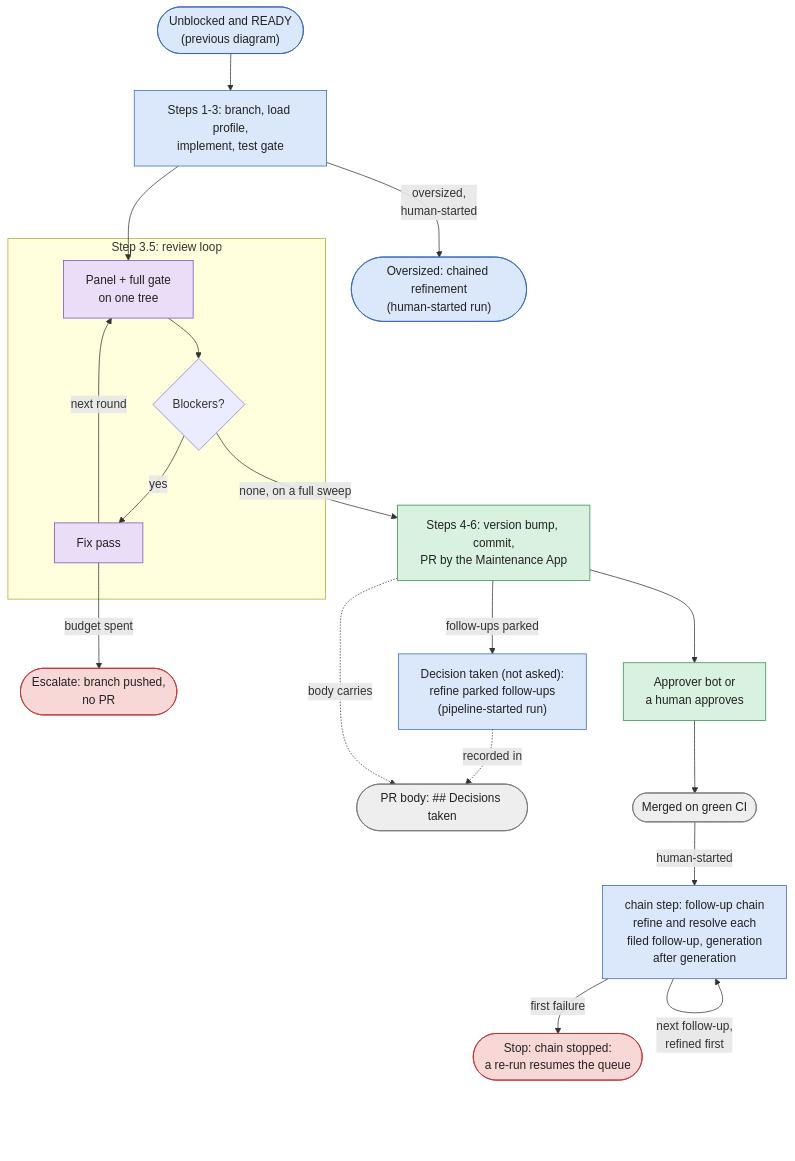
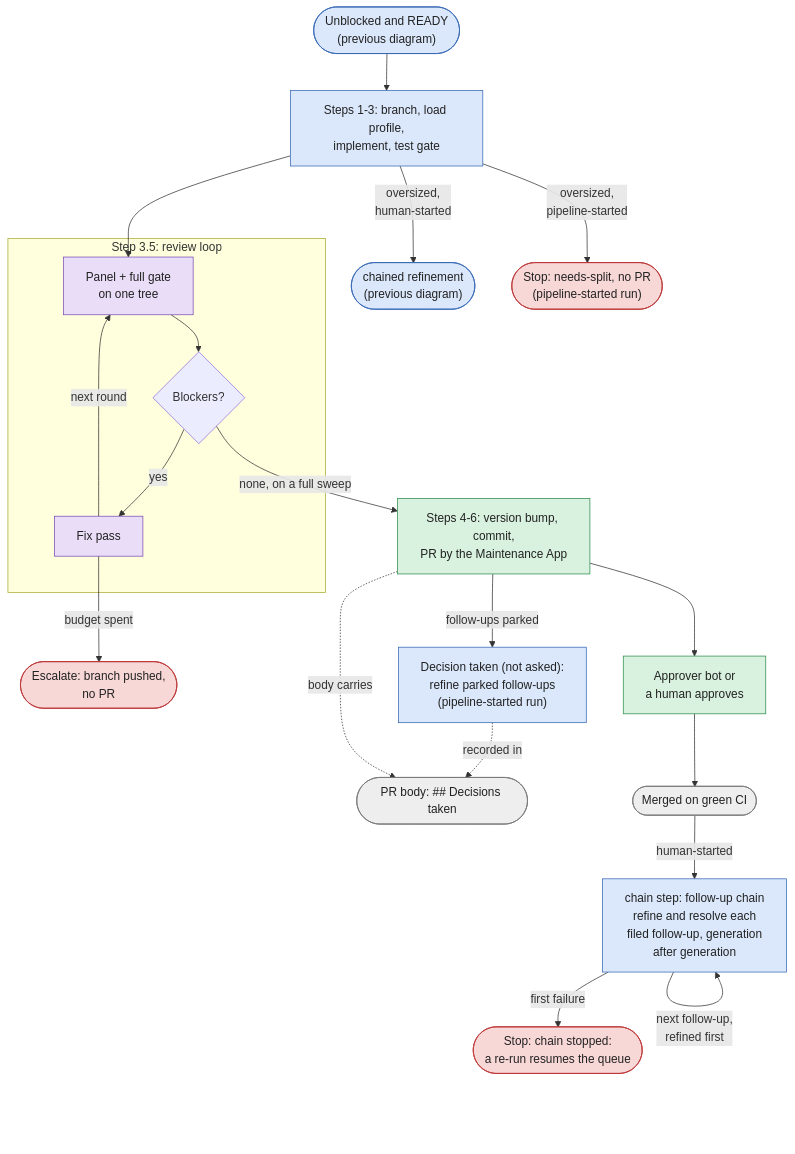
One commit to timo-jakob/timos-claude-code-plugins changed the diagram in docs/explanation/diagrams/resolve-issue-ship.mmd. Above: the diagram before and after it, drawn with Mermaid. The commit also changed 5 other files, not shown here.

```diff
--- a/docs/explanation/diagrams/resolve-issue-ship.mmd
+++ b/docs/explanation/diagrams/resolve-issue-ship.mmd
@@ -1,39 +1,41 @@
 flowchart TD
     classDef human fill:#fde7c8,stroke:#b8741a,color:#222
     classDef conductor fill:#dbe8fb,stroke:#3567b5,color:#222
     classDef agent fill:#e9ddf7,stroke:#7a4cb5,color:#222
     classDef bot fill:#d9f2df,stroke:#2e8b4e,color:#222
     classDef artifact fill:#eeeeee,stroke:#777,color:#222
     classDef stop fill:#f8d7d7,stroke:#b33,color:#222
 
     IN(["Unblocked and READY<br/>(previous diagram)"]):::conductor
     BUILD["Steps 1-3: branch, load profile,<br/>implement, test gate"]:::conductor
-    REFINE(["Oversized: chained refinement<br/>(human-started run)"]):::conductor
+    REFINE(["chained refinement<br/>(previous diagram)"]):::conductor
+    NSPLIT(["Stop: needs-split, no PR<br/>(pipeline-started run)"]):::stop
 
     subgraph LOOP["Step 3.5: review loop"]
         PANEL["Panel + full gate<br/>on one tree"]:::agent
         BLOCK{"Blockers?"}
         FIX["Fix pass"]:::agent
     end
 
     ESC(["Escalate: branch pushed,<br/>no PR"]):::stop
     SHIP["Steps 4-6: version bump, commit,<br/>PR by the Maintenance App"]:::bot
     RS09["Decision taken (not asked):<br/>refine parked follow-ups<br/>(pipeline-started run)"]:::conductor
     DECS(["PR body: ## Decisions taken"]):::artifact
     APPR["Approver bot or<br/>a human approves"]:::bot
     MERGE(["Merged on green CI"]):::artifact
     CHAIN["chain step: follow-up chain<br/>refine and resolve each<br/>filed follow-up, generation<br/>after generation"]:::conductor
     CSTOP(["Stop: chain stopped:<br/>a re-run resumes the queue"]):::stop
 
     IN --> BUILD --> PANEL --> BLOCK
     BUILD -- "oversized,<br/>human-started" --> REFINE
+    BUILD -- "oversized,<br/>pipeline-started" --> NSPLIT
     BLOCK -- yes --> FIX -- "next round" --> PANEL
     BLOCK -- "none, on a full sweep" --> SHIP
     FIX -- "budget spent" --> ESC
     SHIP -- "follow-ups parked" --> RS09
     RS09 -. "recorded in" .-> DECS
     SHIP -. "body carries" .-> DECS
     SHIP --> APPR --> MERGE
     MERGE -- "human-started" --> CHAIN
     CHAIN -- "next follow-up,<br/>refined first" --> CHAIN
     CHAIN -- "first failure" --> CSTOP
```
